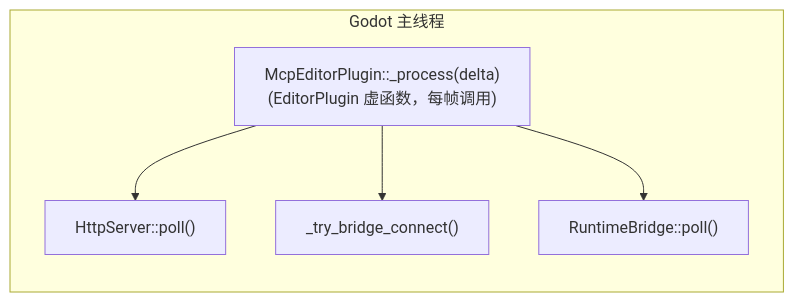
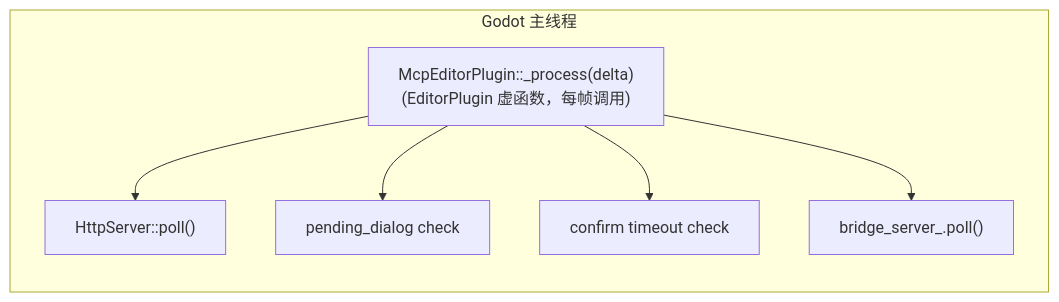
One commit to jesspig/GodotMCP-GDExtension changed the diagram in .repo_wiki/overview/threading-model.md. Above: the diagram before and after it, drawn with Mermaid. The commit also changed other lines of this file and 41 other files, not shown here.

````diff
--- a/.repo_wiki/overview/threading-model.md
+++ b/.repo_wiki/overview/threading-model.md
@@ -7,14 +7,16 @@
 ```mermaid
 flowchart LR
     subgraph MAIN["Godot 主线程"]
         direction TB
         A["McpEditorPlugin::_process(delta)<br/>(EditorPlugin 虚函数，每帧调用)"]
         C["HttpServer::poll()"]
-        B["_try_bridge_connect()"]
-        D["RuntimeBridge::poll()"]
+        D["pending_dialog check"]
+        E["confirm timeout check"]
+        F["bridge_server_.poll()"]
     end
 
     A --> C
-    A --> B
     A --> D
+    A --> E
+    A --> F
 ```
````
